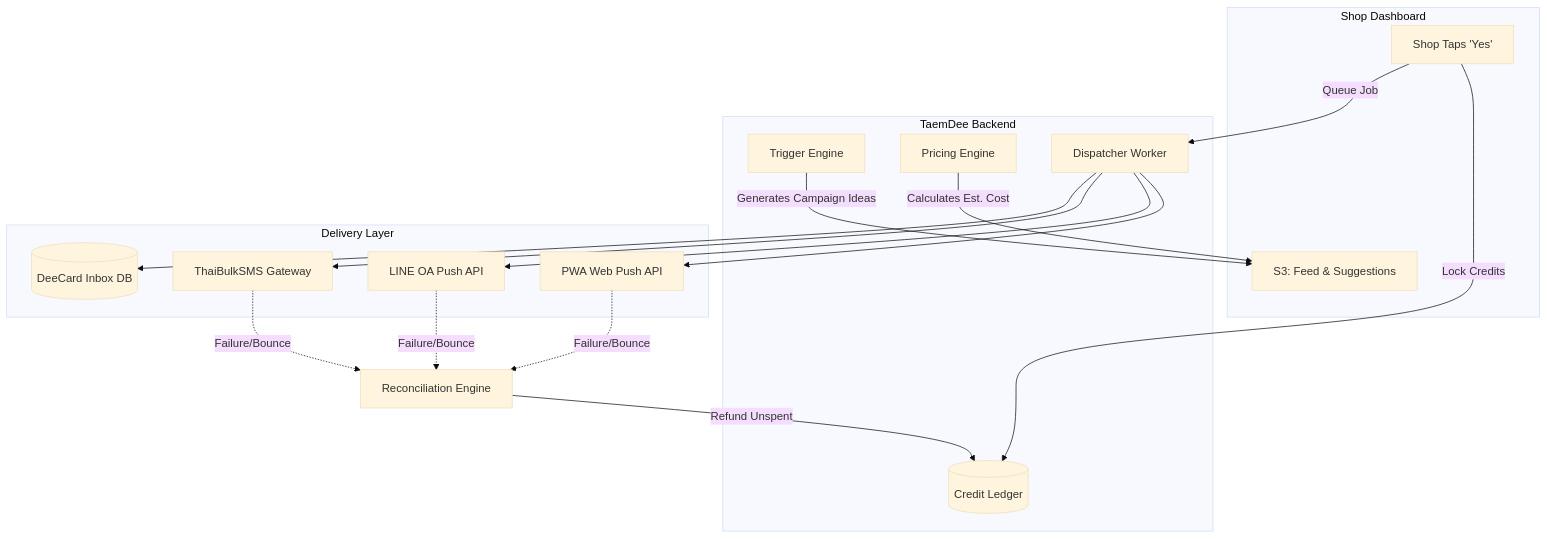
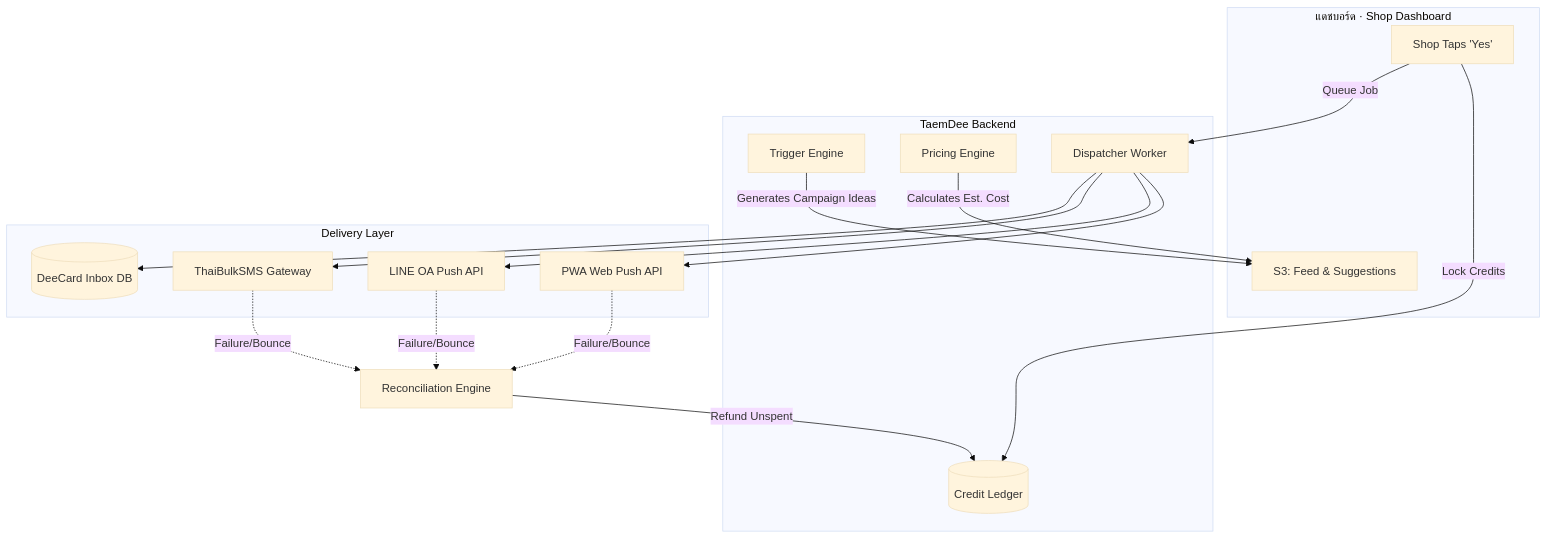
One commit to n-chatchai/taemdee changed the first of 2 diagrams in DEEREACH.md. Above: the diagram before and after it, drawn with Mermaid (base theme). The commit also changed other lines of this file and 17 other files, not shown here.

First line of the commit message:
rename: DeeBoard → แดชบอร์ด

````diff
--- a/DEEREACH.md
+++ b/DEEREACH.md
@@ -11,34 +11,34 @@
 ```mermaid
 flowchart TD
-    subgraph DeeBoard [Shop Dashboard]
+    subgraph Dashboard [แดชบอร์ด · Shop Dashboard]
         S3[S3: Feed & Suggestions]
         Action[Shop Taps 'Yes']
     end
 
     subgraph Core Engines [TaemDee Backend]
         TE[Trigger Engine] -->|Generates Campaign Ideas| S3
         PE[Pricing Engine] -->|Calculates Est. Cost| S3
         CM[(Credit Ledger)] 
         
         Action -->|Lock Credits| CM
         Action -->|Queue Job| Dispatcher[Dispatcher Worker]
     end
 
     subgraph External Gateways [Delivery Layer]
         WP[PWA Web Push API]
         LINE[LINE OA Push API]
         SMS[ThaiBulkSMS Gateway]
         INBOX[(DeeCard Inbox DB)]
     end
 
     Dispatcher --> WP
     Dispatcher --> LINE
     Dispatcher --> SMS
     Dispatcher --> INBOX
 
     WP -.->|Failure/Bounce| RE[Reconciliation Engine]
     LINE -.->|Failure/Bounce| RE
     SMS -.->|Failure/Bounce| RE
     
     RE -->|Refund Unspent| CM
 ```
````
